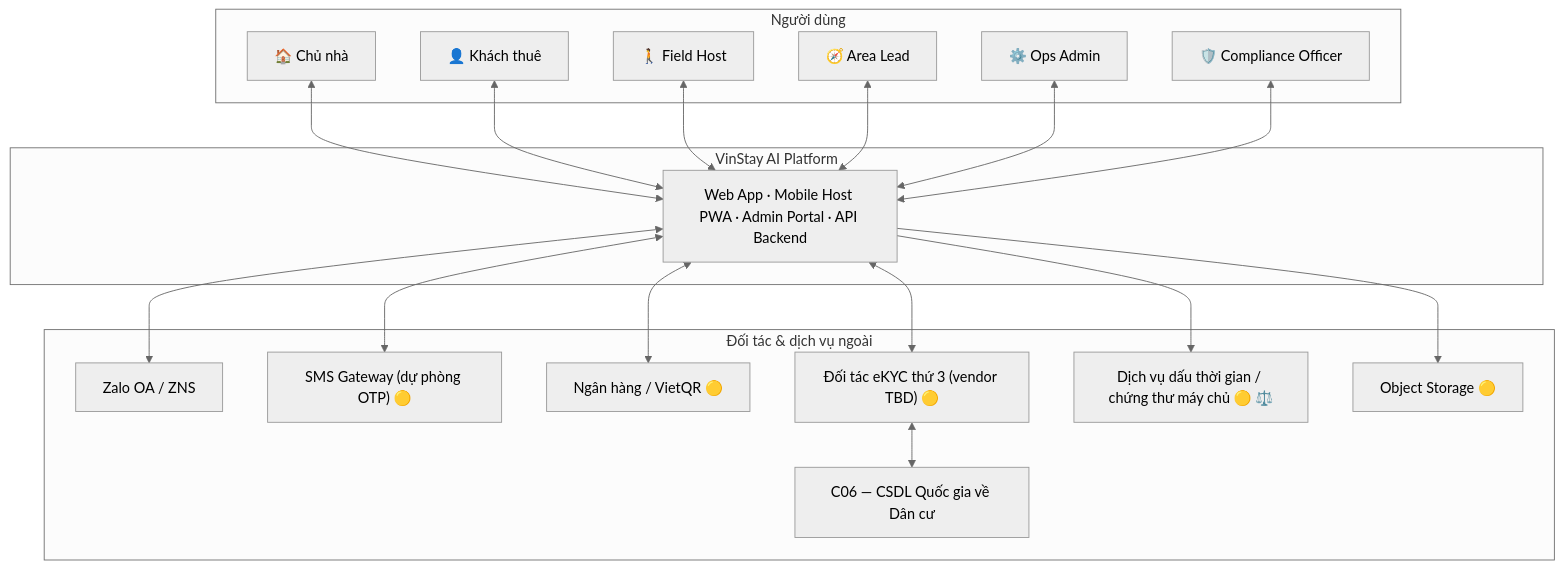
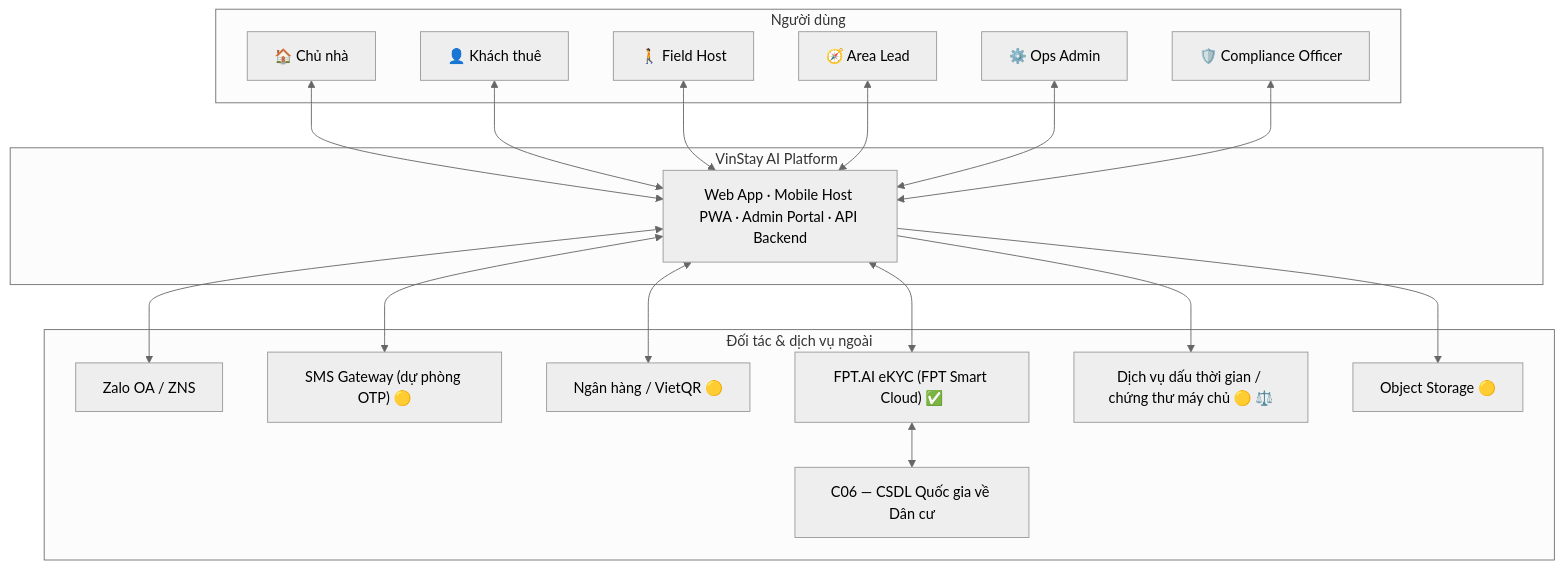
Before and after one commit to nan-bi/AI20K-Build-Phase-Cohort-4-P-010: the first of 12 diagrams in docs/SAD_v2.md, drawn with Mermaid (neutral theme). The commit also changed other lines of this file and 3 other files, not shown here.

Commit message:
feat(ekyc): chuẩn hóa FPT.AI eKYC, Face Liveness và cơ chế Zero-Storage cho toàn hệ thống

````diff
--- a/docs/SAD_v2.md
+++ b/docs/SAD_v2.md
@@ -77,34 +77,34 @@
 ```mermaid
 flowchart TB
     subgraph Actors["Người dùng"]
         Landlord["🏠 Chủ nhà"]
         Tenant["👤 Khách thuê"]
         Host["🚶 Field Host"]
         Lead["🧭 Area Lead"]
         Ops["⚙️ Ops Admin"]
         Comp["🛡️ Compliance Officer"]
     end
 
     subgraph Core["VinStay AI Platform"]
         System["Web App · Mobile Host PWA · Admin Portal · API Backend"]
     end
 
     subgraph External["Đối tác & dịch vụ ngoài"]
         Zalo["Zalo OA / ZNS"]
         SMS["SMS Gateway (dự phòng OTP) 🟡"]
         Bank["Ngân hàng / VietQR 🟡"]
-        eKYC["Đối tác eKYC thứ 3 (vendor TBD) 🟡"]
+        eKYC["FPT.AI eKYC (FPT Smart Cloud) ✅"]
         C06["C06 — CSDL Quốc gia về Dân cư"]
         TSA["Dịch vụ dấu thời gian / chứng thư máy chủ 🟡 ⚖️"]
         Store["Object Storage 🟡"]
     end
 
     Landlord & Tenant & Host & Lead & Ops & Comp <--> System
     System <--> Zalo
     System <--> SMS
     System <--> Bank
     System <--> eKYC
     eKYC <--> C06
     System --> TSA
     System --> Store
 ```
````
